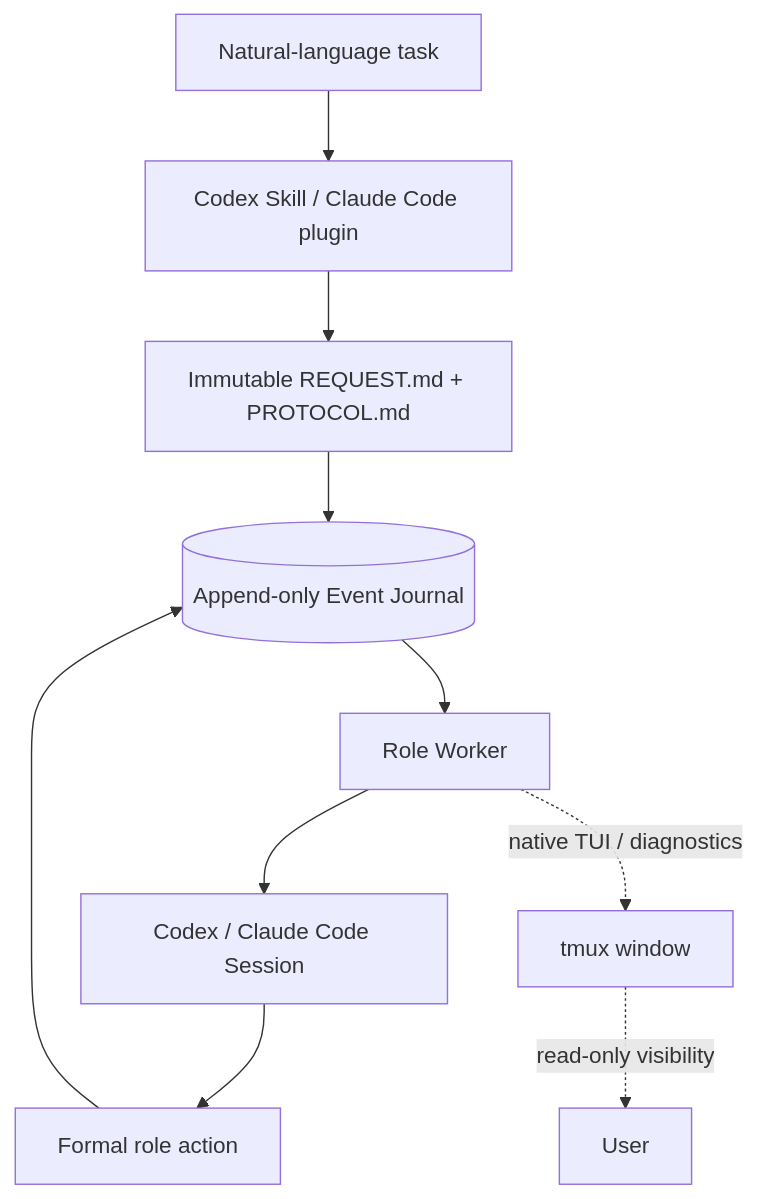
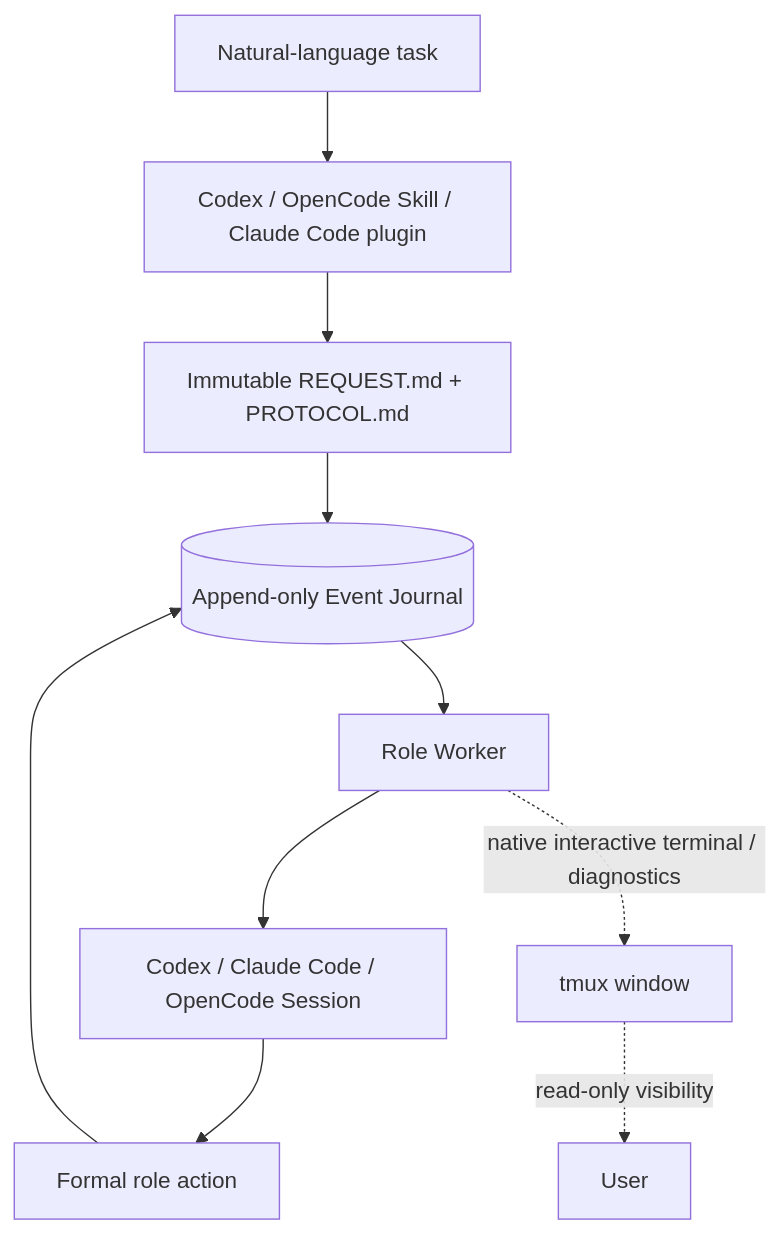
Before and after one commit to jicezeng/agent-team: the second of 3 diagrams in README.md, drawn with Mermaid. The commit also changed other lines of this file and 36 other files, not shown here.

Commit message:
feat: add OpenCode harness support

````diff
--- a/README.md
+++ b/README.md
@@ -42,12 +42,12 @@
 ```mermaid
 flowchart TB
-    Task[Natural-language task] --> Integration[Codex Skill / Claude Code plugin]
+    Task[Natural-language task] --> Integration[Codex / OpenCode Skill / Claude Code plugin]
     Integration --> Inputs[Immutable REQUEST.md + PROTOCOL.md]
     Inputs --> Journal[(Append-only Event Journal)]
     Journal --> Worker[Role Worker]
-    Worker --> Harness[Codex / Claude Code Session]
+    Worker --> Harness[Codex / Claude Code / OpenCode Session]
     Harness --> Action[Formal role action]
     Action --> Journal
-    Worker -. native TUI / diagnostics .-> Tmux[tmux window]
+    Worker -. native interactive terminal / diagnostics .-> Tmux[tmux window]
     Tmux -. read-only visibility .-> User[User]
 ```
````
